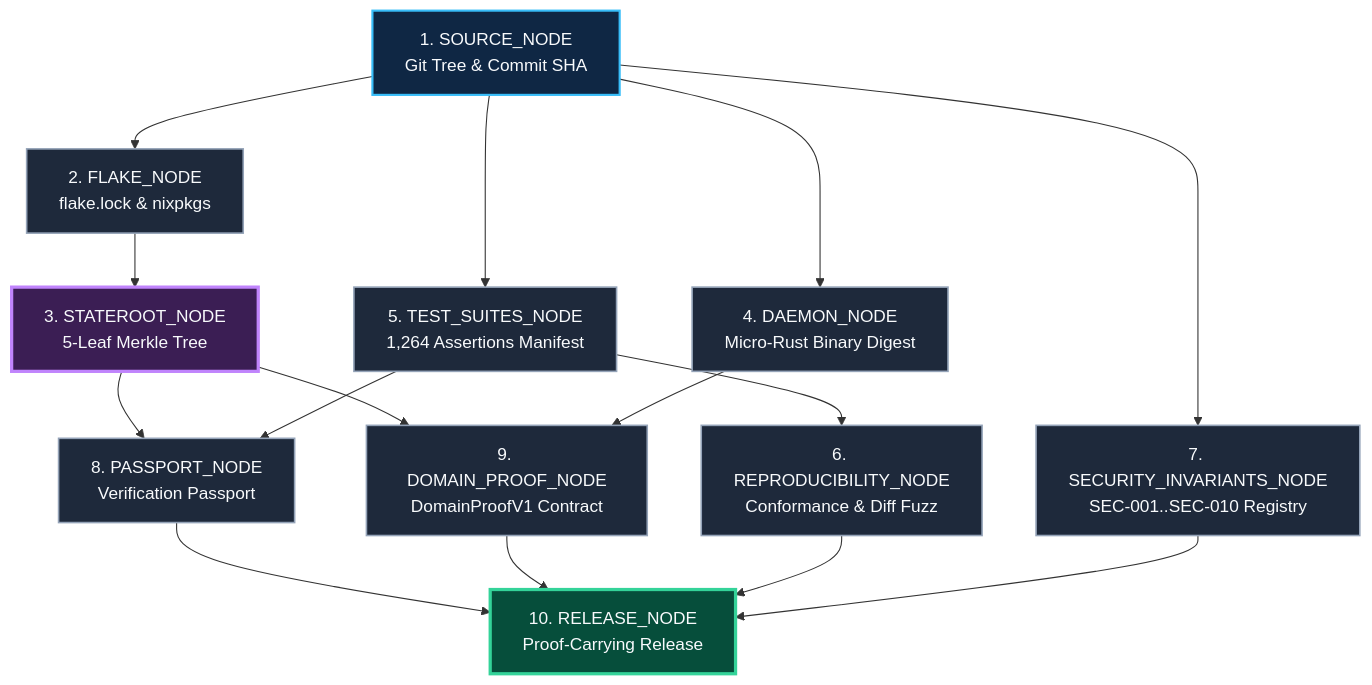
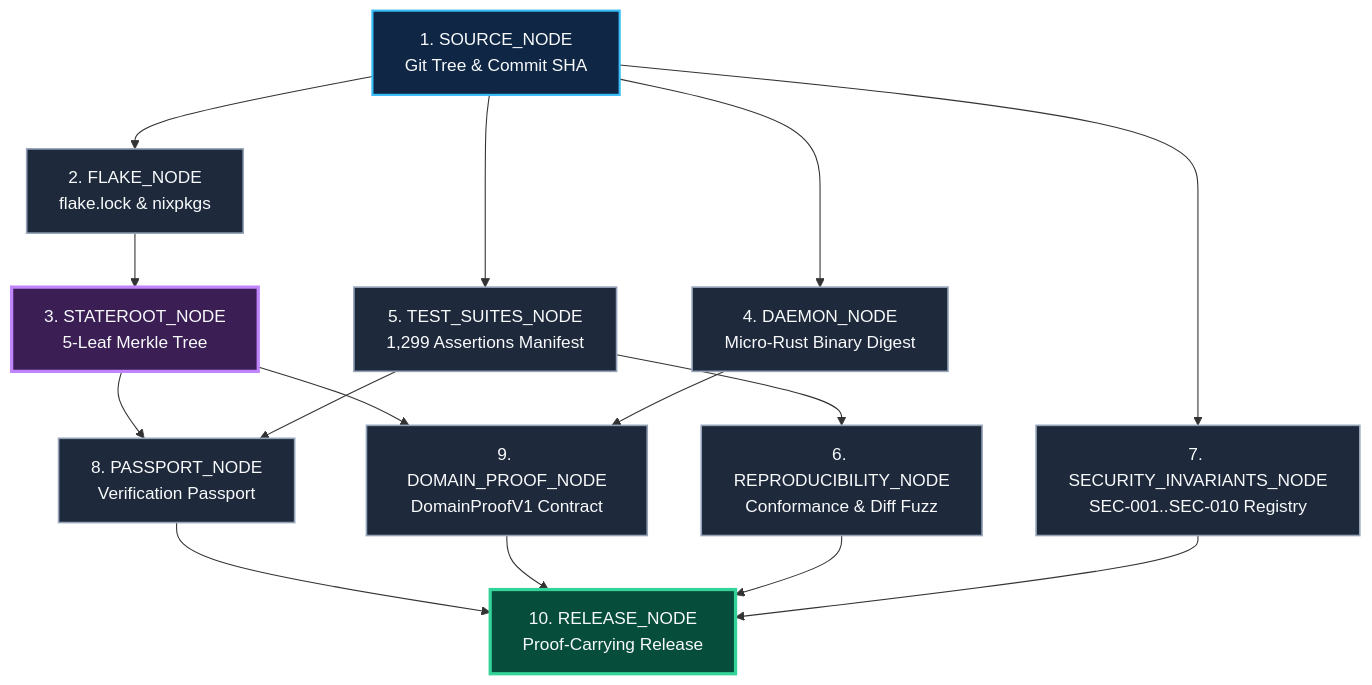
One commit to adamriofc/NeuronixOS changed the seventh of 7 diagrams in README.md. Above: the diagram before and after it, drawn with Mermaid. The commit also changed other lines of this file and 30 other files, not shown here.

````diff
--- a/README.md
+++ b/README.md
@@ -1097,27 +1097,27 @@
 ```mermaid
 flowchart TD
     SOURCE["1. SOURCE_NODE<br>Git Tree & Commit SHA"]:::rootNode --> FLAKE["2. FLAKE_NODE<br>flake.lock & nixpkgs"]:::midNode
-    SOURCE --> TEST["5. TEST_SUITES_NODE<br>1,264 Assertions Manifest"]:::midNode
+    SOURCE --> TEST["5. TEST_SUITES_NODE<br>1,299 Assertions Manifest"]:::midNode
     SOURCE --> INVARIANTS["7. SECURITY_INVARIANTS_NODE<br>SEC-001..SEC-010 Registry"]:::midNode
     
     FLAKE --> STATE["3. STATEROOT_NODE<br>5-Leaf Merkle Tree"]:::stateNode
     SOURCE --> DAEMON["4. DAEMON_NODE<br>Micro-Rust Binary Digest"]:::midNode
     
     TEST --> REPRO["6. REPRODUCIBILITY_NODE<br>Conformance & Diff Fuzz"]:::midNode
     
     STATE --> PASSPORT["8. PASSPORT_NODE<br>Verification Passport"]:::midNode
     TEST --> PASSPORT
     
     STATE --> DOMAIN["9. DOMAIN_PROOF_NODE<br>DomainProofV1 Contract"]:::midNode
     DAEMON --> DOMAIN
     
     PASSPORT --> RELEASE["10. RELEASE_NODE<br>Proof-Carrying Release"]:::releaseNode
     DOMAIN --> RELEASE
     REPRO --> RELEASE
     INVARIANTS --> RELEASE
 
     classDef rootNode fill:#0f2744,stroke:#38bdf8,stroke-width:2px,color:#f8fafc;
     classDef midNode fill:#1e293b,stroke:#94a3b8,stroke-width:1.5px,color:#f8fafc;
     classDef stateNode fill:#3b1e54,stroke:#c084fc,stroke-width:3px,color:#f8fafc;
     classDef releaseNode fill:#064e3b,stroke:#34d399,stroke-width:3px,color:#f8fafc;
 ```
````
